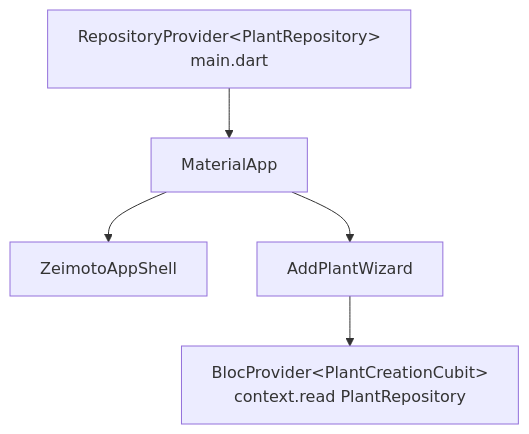
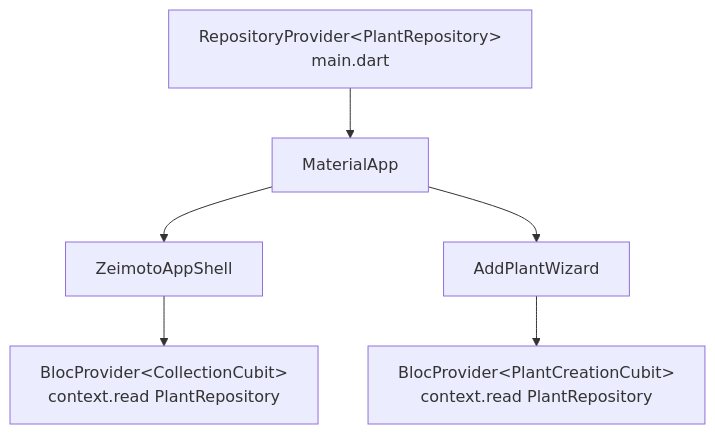
One commit to FedericoLaggiard/zeimoto changed the second of 2 diagrams in docs/architecture/feature_en.md. Above: the diagram before and after it, drawn with Mermaid. The commit also changed other lines of this file and 5 other files, not shown here.

````diff
--- a/docs/architecture/feature_en.md
+++ b/docs/architecture/feature_en.md
@@ -78,7 +92,8 @@
 ```mermaid
 graph TD
     A[RepositoryProvider&lt;PlantRepository&gt;\nmain.dart] --> B[MaterialApp]
     B --> C[ZeimotoAppShell]
     B --> D[AddPlantWizard]
     D --> E[BlocProvider&lt;PlantCreationCubit&gt;\ncontext.read PlantRepository]
+    C --> F[BlocProvider&lt;CollectionCubit&gt;\ncontext.read PlantRepository]
 ```
````
